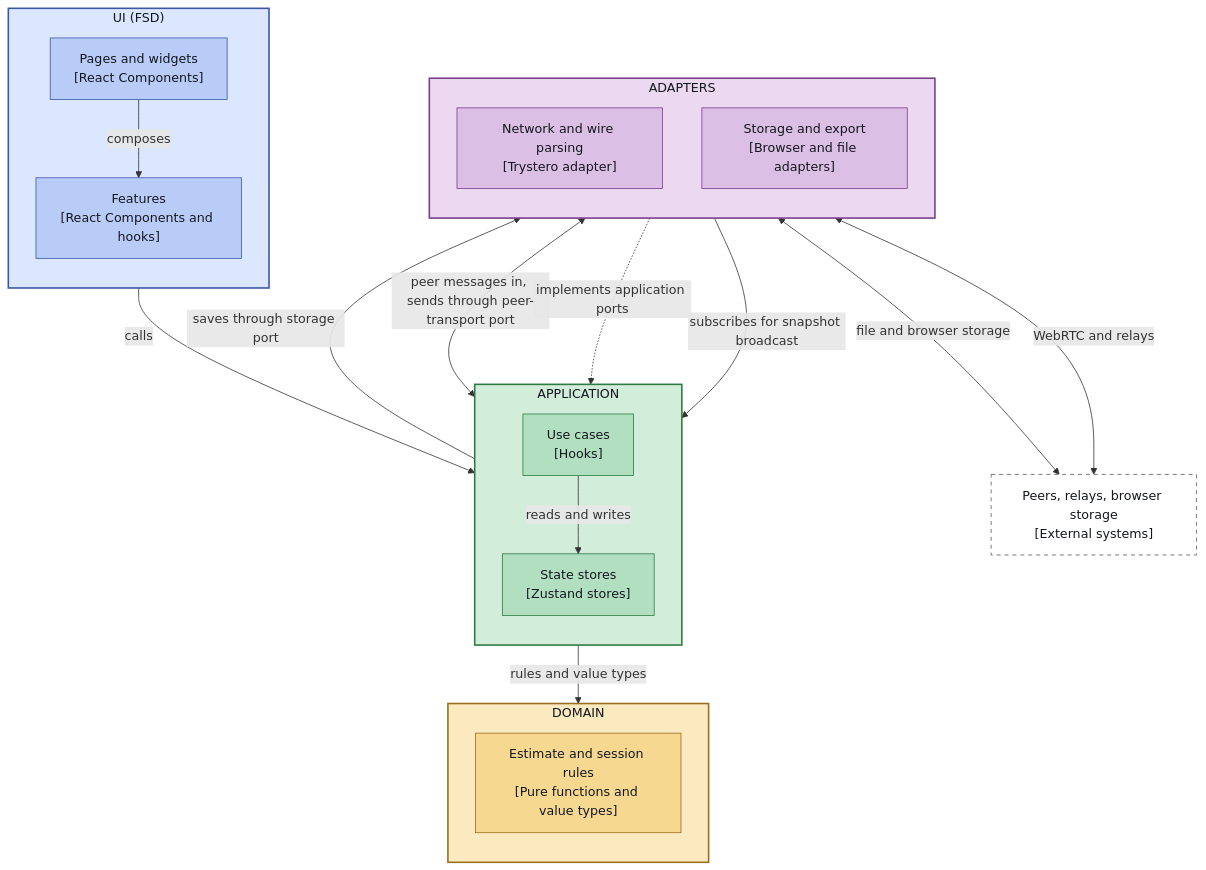
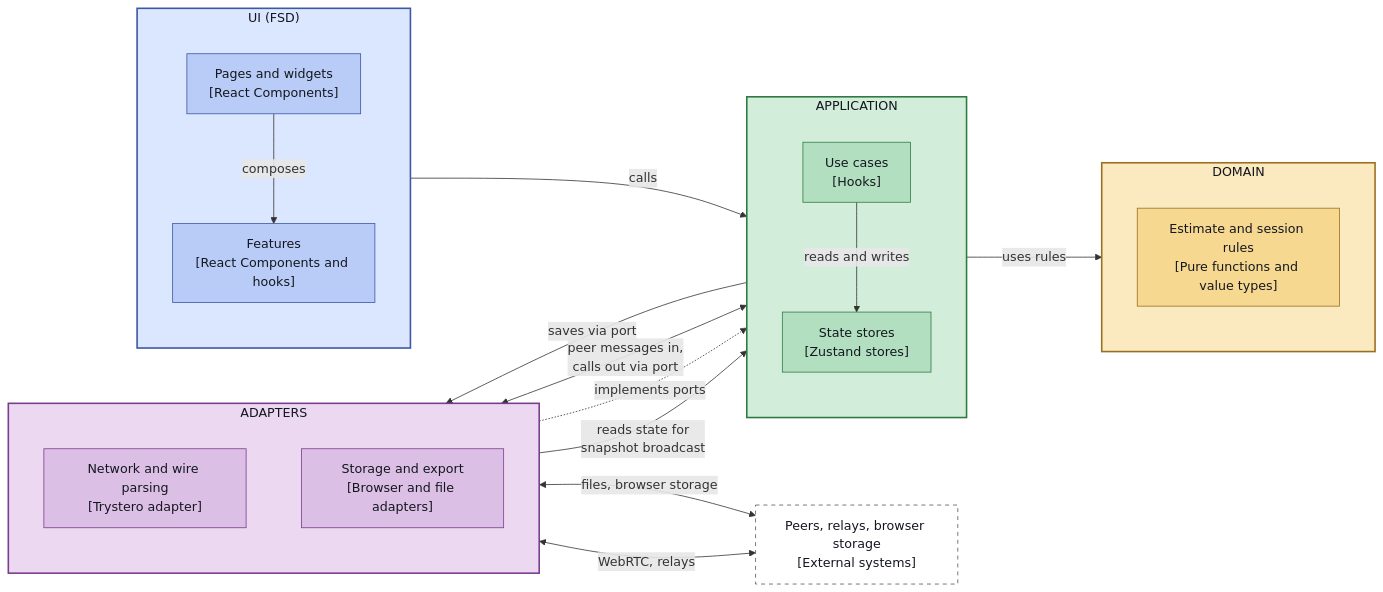
Before and after one commit to cfisch3r/estimate: the diagram in docs/adr/009-architecture-style-fsd-vs-hexagonal-core.md, drawn with Mermaid.

Commit message:
docs: shorten ADR-009 diagram labels and lay it out left to right

````diff
--- a/docs/adr/009-architecture-style-fsd-vs-hexagonal-core.md
+++ b/docs/adr/009-architecture-style-fsd-vs-hexagonal-core.md
@@ -76,47 +76,48 @@
 ```mermaid
-flowchart TB
+%%{init: {"flowchart": {"nodeSpacing": 70, "rankSpacing": 90, "padding": 14}}}%%
+flowchart LR
   subgraph UI["UI (FSD)"]
     direction TB
     Pages["Pages and widgets<br/>[React Components]"]
     Features["Features<br/>[React Components and hooks]"]
   end
   subgraph APP["APPLICATION"]
     direction TB
     UseCases["Use cases<br/>[Hooks]"]
     Stores["State stores<br/>[Zustand stores]"]
   end
   subgraph AD["ADAPTERS"]
     direction TB
     Net["Network and wire parsing<br/>[Trystero adapter]"]
     Store["Storage and export<br/>[Browser and file adapters]"]
   end
   subgraph DOM["DOMAIN"]
     direction TB
     Core["Estimate and session rules<br/>[Pure functions and value types]"]
   end
   Ext["Peers, relays, browser storage<br/>[External systems]"]
   Pages -->|composes| Features
   Features -->|calls| UseCases
-  UseCases -->|rules and value types| Core
+  UseCases -->|uses rules| Core
   UseCases -->|reads and writes| Stores
-  UseCases <-->|peer messages in, sends through peer-transport port| Net
-  UseCases -->|saves through storage port| Store
-  Net -->|subscribes for snapshot broadcast| Stores
-  Net <-->|WebRTC and relays| Ext
-  Store <-->|file and browser storage| Ext
-  AD -.->|implements application ports| APP
+  UseCases <-->|peer messages in,<br/>calls out via port| Net
+  UseCases -->|saves via port| Store
+  Net -->|reads state for<br/>snapshot broadcast| Stores
+  Net <-->|WebRTC, relays| Ext
+  Store <-->|files, browser storage| Ext
+  AD -.->|implements ports| APP
   style UI fill:#dbe6ff,stroke:#3d56a6,stroke-width:2px,color:#14171f
   style APP fill:#d3eddb,stroke:#2f7a43,stroke-width:2px,color:#14171f
   style DOM fill:#fbe9bf,stroke:#9a6f1e,stroke-width:2px,color:#14171f
   style AD fill:#ecd8f1,stroke:#7a3d8c,stroke-width:2px,color:#14171f
   classDef ui fill:#b9ccf7,stroke:#3d56a6,color:#14171f
   classDef app fill:#b2dfc0,stroke:#2f7a43,color:#14171f
   classDef dom fill:#f6d891,stroke:#9a6f1e,color:#14171f
   classDef ad fill:#dcbfe5,stroke:#7a3d8c,color:#14171f
   classDef ext fill:#ffffff,stroke:#555555,color:#14171f,stroke-dasharray: 5 5
   class Pages,Features ui
   class UseCases,Stores app
   class Core dom
   class Net,Store ad
   class Ext ext
 ```
````
